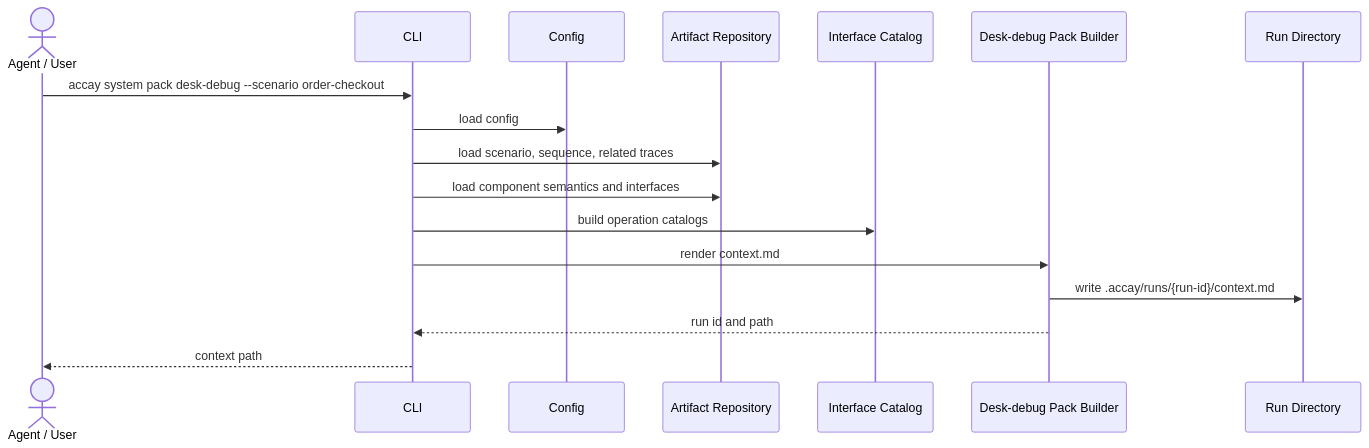
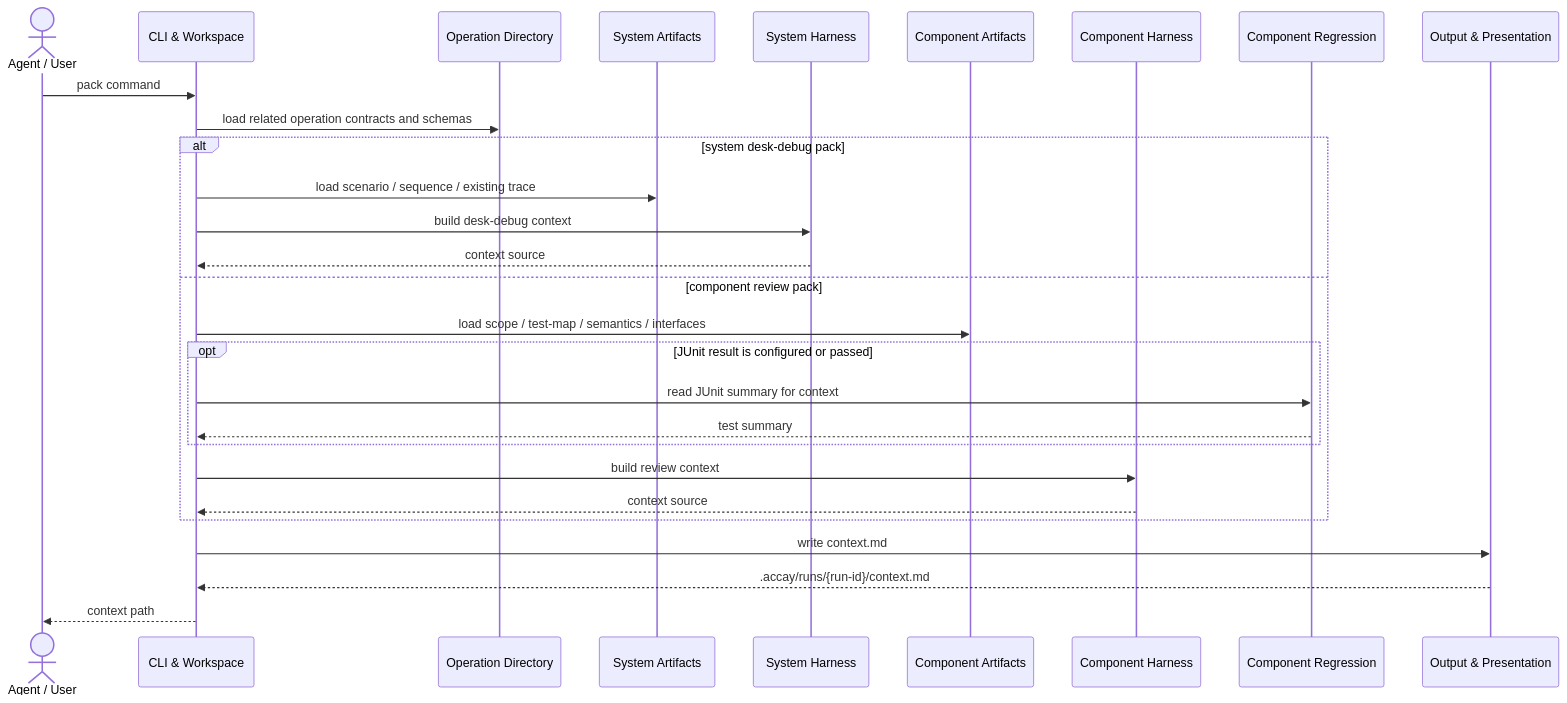
The fifth of 7 diagrams in docs/architecture.md (autotaker/accay), drawn with Mermaid before and after one commit. The commit also changed other lines of this file, not shown here.

Commit message:
Refine architecture design

````diff
--- a/docs/architecture.md
+++ b/docs/architecture.md
@@ -317,20 +472,33 @@
 ```mermaid
 sequenceDiagram
   actor AgentOrUser as Agent / User
-  participant CLI
-  participant Config
-  participant Repo as Artifact Repository
-  participant Catalog as Interface Catalog
-  participant Pack as Desk-debug Pack Builder
-  participant Runs as Run Directory
+  participant CLI as CLI & Workspace
+  participant Directory as Operation Directory
+  participant SystemArtifacts as System Artifacts
+  participant SystemHarness as System Harness
+  participant ComponentArtifacts as Component Artifacts
+  participant ComponentHarness as Component Harness
+  participant Regression as Component Regression
+  participant Output as Output & Presentation
 
-  AgentOrUser->>CLI: accay system pack desk-debug --scenario order-checkout
-  CLI->>Config: load config
-  CLI->>Repo: load scenario, sequence, related traces
-  CLI->>Repo: load component semantics and interfaces
-  CLI->>Catalog: build operation catalogs
-  CLI->>Pack: render context.md
-  Pack->>Runs: write .accay/runs/{run-id}/context.md
-  Pack-->>CLI: run id and path
+  AgentOrUser->>CLI: pack command
+  CLI->>Directory: load related operation contracts and schemas
+
+  alt system desk-debug pack
+    CLI->>SystemArtifacts: load scenario / sequence / existing trace
+    CLI->>SystemHarness: build desk-debug context
+    SystemHarness-->>CLI: context source
+  else component review pack
+    CLI->>ComponentArtifacts: load scope / test-map / semantics / interfaces
+    opt JUnit result is configured or passed
+      CLI->>Regression: read JUnit summary for context
+      Regression-->>CLI: test summary
+    end
+    CLI->>ComponentHarness: build review context
+    ComponentHarness-->>CLI: context source
+  end
+
+  CLI->>Output: write context.md
+  Output-->>CLI: .accay/runs/{run-id}/context.md
   CLI-->>AgentOrUser: context path
 ```
````
